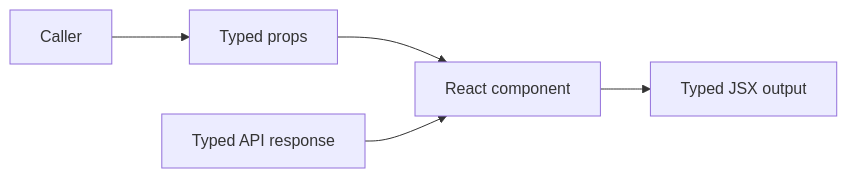
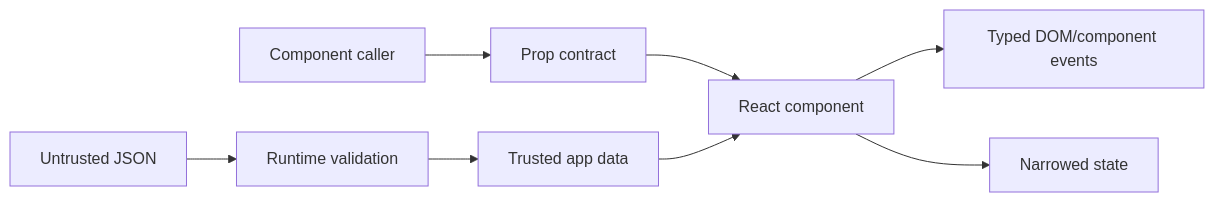
The diagram in src/react/typescript-react.md (ranjeet-h/frontend-interview-preparation), drawn with Mermaid before and after one commit. The commit also changed other lines of this file and 1 other file, not shown here.

Commit message:
docs: rewrite React TypeScript and component design chapters

````diff
--- a/src/react/typescript-react.md
+++ b/src/react/typescript-react.md
@@ -24,7 +27,10 @@
-```mermaid
+~~~mermaid
 flowchart LR
-  Caller["Caller"] --> Props["Typed props"]
+  Caller["Component caller"] --> Props["Prop contract"]
   Props --> Component["React component"]
-  Component --> JSX["Typed JSX output"]
-  API["Typed API response"] --> Component
-```
+  Component --> Events["Typed DOM/component events"]
+  Component --> State["Narrowed state"]
+  API["Untrusted JSON"] --> Validate["Runtime validation"]
+  Validate --> Data["Trusted app data"]
+  Data --> Component
+~~~
````
